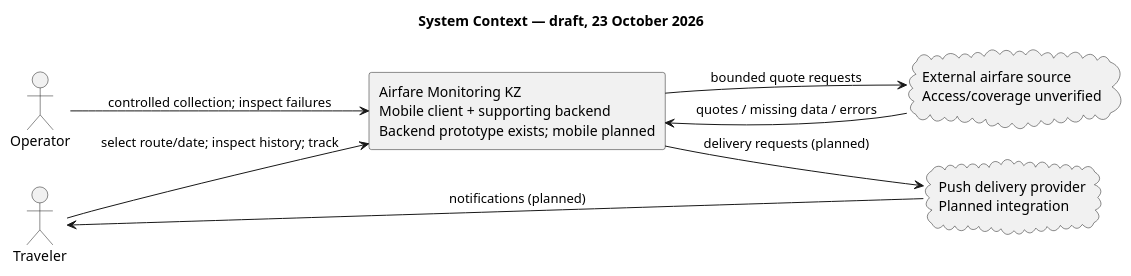
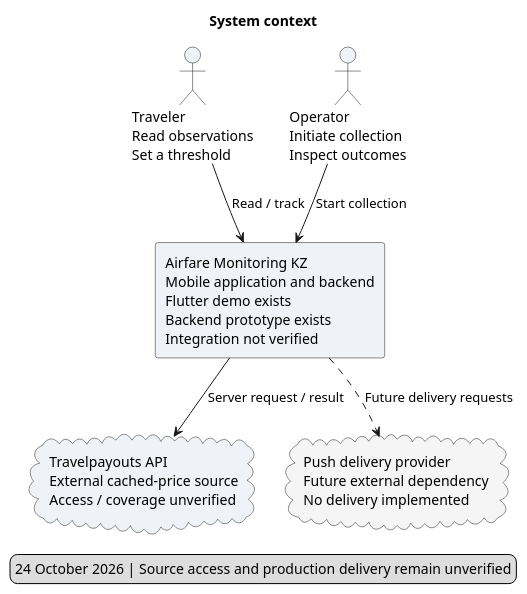
One commit to Swoksaar0/airfare-monitoring-kz changed the diagram in docs/diagrams/system-context.puml. Above: the diagram before and after it, drawn with PlantUML. The commit also changed 11 other files, not shown here.

Commit message:
Docs: align architecture with GitHub code and separate target data flow

```diff
--- a/docs/diagrams/system-context.puml
+++ b/docs/diagrams/system-context.puml
@@ -1,15 +1,19 @@
 @startuml
-title System Context — draft, 23 October 2026
-left to right direction
-actor Traveler
-actor Operator
-rectangle "Airfare Monitoring KZ\nMobile client + supporting backend\nBackend prototype exists; mobile planned" as System
-cloud "External airfare source\nAccess/coverage unverified" as Source
-cloud "Push delivery provider\nPlanned integration" as Push
-Traveler --> System : select route/date; inspect history; track
-Operator --> System : controlled collection; inspect failures
-System --> Source : bounded quote requests
-Source --> System : quotes / missing data / errors
-System --> Push : delivery requests (planned)
-Push --> Traveler : notifications (planned)
+title System context
+top to bottom direction
+skinparam shadowing false
+skinparam defaultFontName Arial
+skinparam componentStyle rectangle
+actor "Traveler\nRead observations\nSet a threshold" as Traveler #EFF3F8
+actor "Operator\nInitiate collection\nInspect outcomes" as Operator #EFF3F8
+rectangle "Airfare Monitoring KZ\nMobile application and backend\nFlutter demo exists\nBackend prototype exists\nIntegration not verified" as System #EFF3F8
+cloud "Travelpayouts API\nExternal cached-price source\nAccess / coverage unverified" as Provider #EFF3F8
+cloud "Push delivery provider\nFuture external dependency\nNo delivery implemented" as Push #F5F5F5
+Traveler --> System : Read / track
+Operator --> System : Start collection
+System --> Provider : Server request / result
+System ..> Push : Future delivery requests
+legend bottom
+24 October 2026 | Source access and production delivery remain unverified
+endlegend
 @enduml
```
